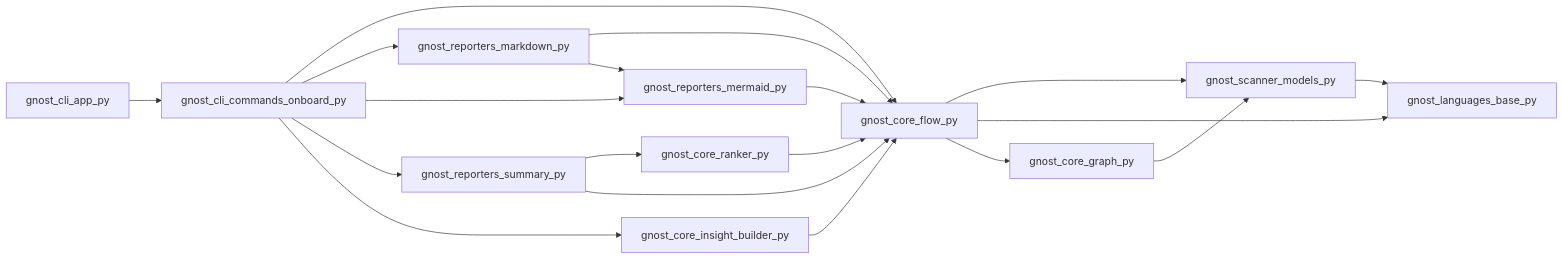
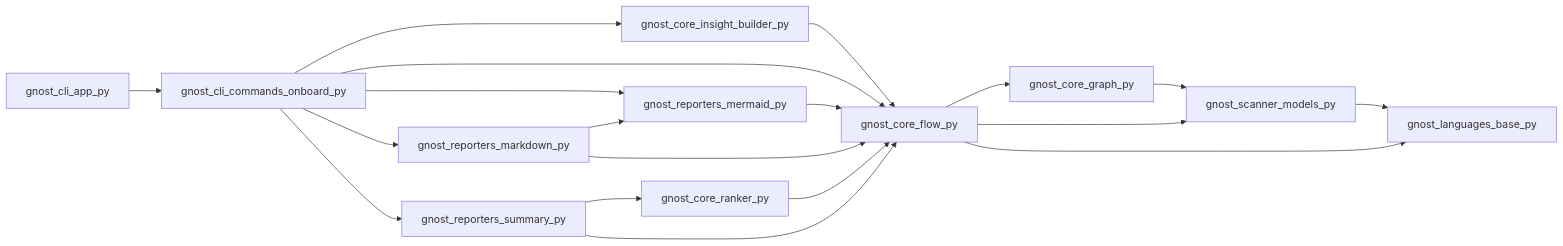
Before and after one commit to mohdzain98/gnost: the sixth of 26 diagrams in flow/folder-paths.md, drawn with Mermaid. The commit also changed other lines of this file and 6 other files, not shown here.

````diff
--- a/flow/folder-paths.md
+++ b/flow/folder-paths.md
@@ -255,21 +255,21 @@
 ```mermaid
 flowchart LR
-  gnost_reporters_summary_py --> gnost_core_ranker_py
-  gnost_cli_app_py --> gnost_cli_commands_onboard_py
-  gnost_cli_commands_onboard_py --> gnost_core_flow_py
-  gnost_core_flow_py --> gnost_scanner_models_py
-  gnost_core_flow_py --> gnost_languages_base_py
-  gnost_core_flow_py --> gnost_core_graph_py
-  gnost_cli_commands_onboard_py --> gnost_reporters_markdown_py
-  gnost_cli_commands_onboard_py --> gnost_reporters_mermaid_py
-  gnost_cli_commands_onboard_py --> gnost_reporters_summary_py
-  gnost_scanner_models_py --> gnost_languages_base_py
-  gnost_reporters_summary_py --> gnost_core_flow_py
-  gnost_reporters_markdown_py --> gnost_core_flow_py
-  gnost_core_insight_builder_py --> gnost_core_flow_py
-  gnost_core_ranker_py --> gnost_core_flow_py
-  gnost_reporters_markdown_py --> gnost_reporters_mermaid_py
   gnost_core_graph_py --> gnost_scanner_models_py
   gnost_cli_commands_onboard_py --> gnost_core_insight_builder_py
+  gnost_core_insight_builder_py --> gnost_core_flow_py
+  gnost_scanner_models_py --> gnost_languages_base_py
+  gnost_cli_commands_onboard_py --> gnost_reporters_summary_py
+  gnost_cli_commands_onboard_py --> gnost_reporters_markdown_py
+  gnost_cli_commands_onboard_py --> gnost_core_flow_py
   gnost_reporters_mermaid_py --> gnost_core_flow_py
+  gnost_cli_commands_onboard_py --> gnost_reporters_mermaid_py
+  gnost_reporters_markdown_py --> gnost_reporters_mermaid_py
+  gnost_reporters_markdown_py --> gnost_core_flow_py
+  gnost_core_flow_py --> gnost_languages_base_py
+  gnost_reporters_summary_py --> gnost_core_ranker_py
+  gnost_core_flow_py --> gnost_scanner_models_py
+  gnost_core_flow_py --> gnost_core_graph_py
+  gnost_cli_app_py --> gnost_cli_commands_onboard_py
+  gnost_core_ranker_py --> gnost_core_flow_py
+  gnost_reporters_summary_py --> gnost_core_flow_py
 ```
````
